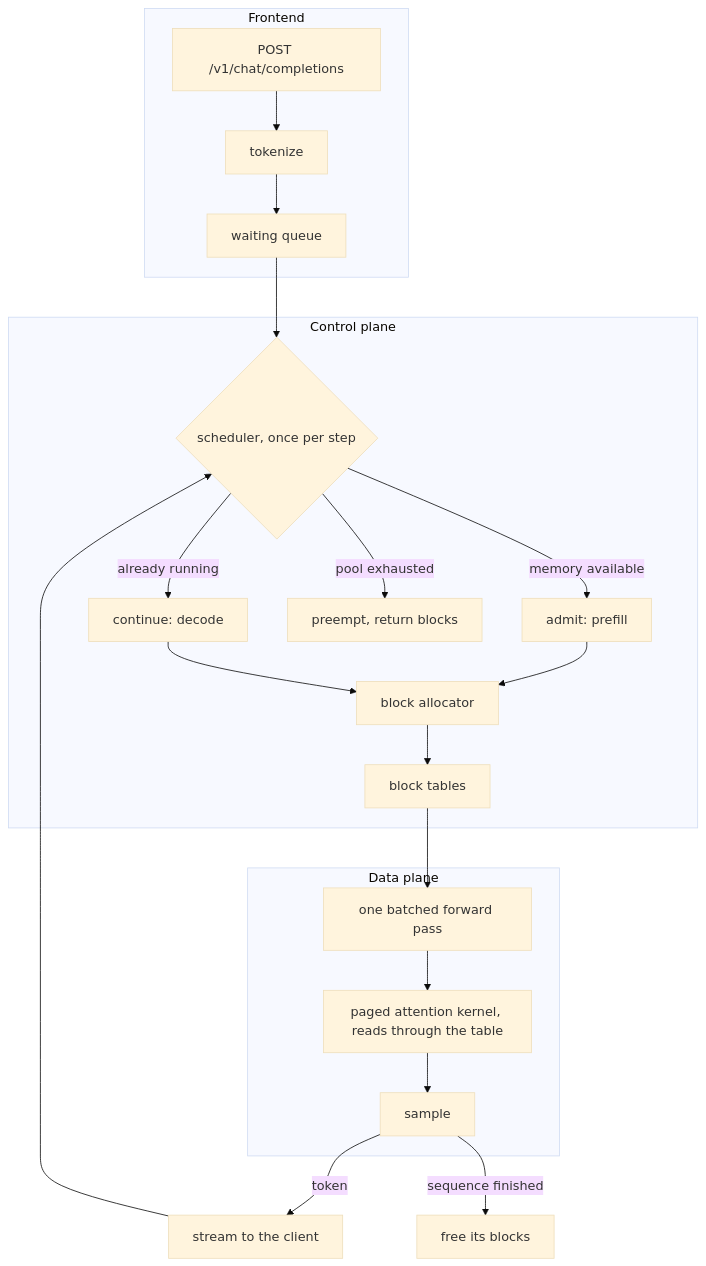
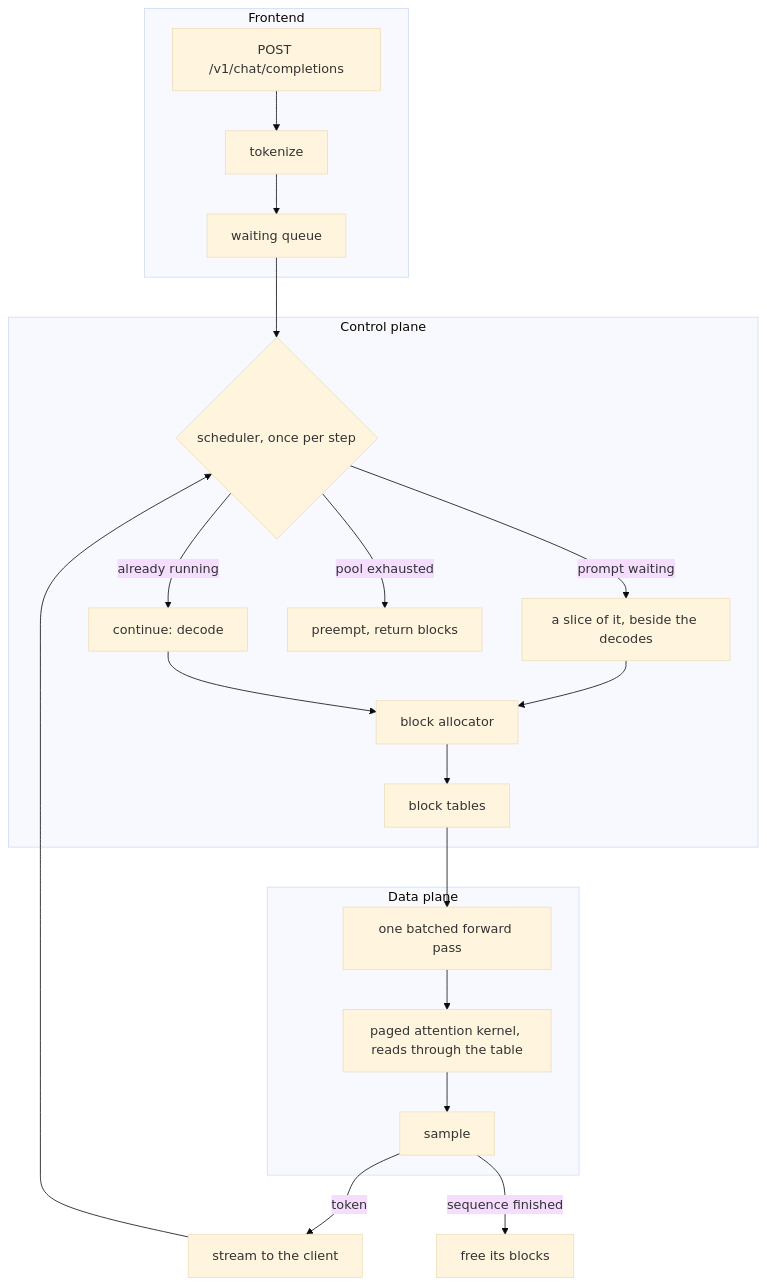
Before and after one commit to nicoNaeg/paged-llm-rs: the diagram in README.md, drawn with Mermaid (base theme). The commit also changed other lines of this file and 1 other file, not shown here.

````diff
--- a/README.md
+++ b/README.md
@@ -19,24 +19,24 @@
 ```mermaid
 flowchart TB
     subgraph FE [Frontend]
         REQ[POST /v1/chat/completions] --> TOK[tokenize]
         TOK --> Q[waiting queue]
     end
     subgraph CP [Control plane]
         Q --> SCHED{scheduler, once per step}
-        SCHED -->|memory available| ADM[admit: prefill]
+        SCHED -->|prompt waiting| ADM[a slice of it, beside the decodes]
         SCHED -->|already running| DEC[continue: decode]
         SCHED -->|pool exhausted| PRE[preempt, return blocks]
         ADM --> BM[block allocator]
         DEC --> BM
         BM --> BT[block tables]
     end
     subgraph DP [Data plane]
         BT --> FWD[one batched forward pass]
         FWD --> ATT[paged attention kernel, reads through the table]
         ATT --> SMP[sample]
     end
     SMP -->|token| SSE[stream to the client]
     SMP -->|sequence finished| FREE[free its blocks]
     SSE --> SCHED
 ```
````
